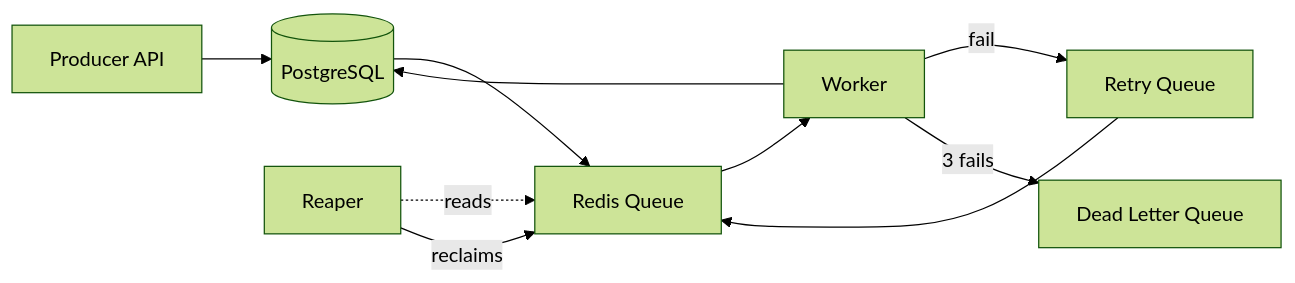
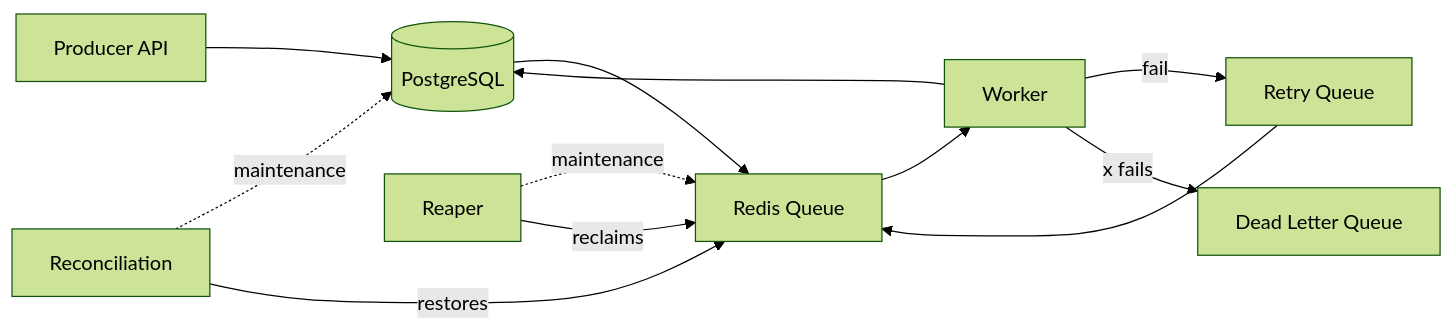
The first of 2 diagrams in README.md (rnavxn/dist-job-processor), drawn with Mermaid (forest theme) before and after one commit. The commit also changed other lines of this file, not shown here.

````diff
--- a/README.md
+++ b/README.md
@@ -21,13 +21,16 @@
 ```mermaid
 flowchart LR
-    A[Producer API] --> B[(PostgreSQL)]
-    B --> C[Redis Queue]
-    C --> D[Worker]
-    D --> B
-    D --> |fail| E[Retry Queue]
-    E --> C
-    D --> |3 fails| F[Dead Letter Queue]
+  A[Producer API] --> B[(PostgreSQL)]
+  B --> C[Redis Queue]
+  C --> D[Worker]
+  D --> B
+  D --> |fail| E[Retry Queue]
+  E --> C
+  D --> |x fails| F[Dead Letter Queue]
 
-    G[Reaper] -.-> |reads| C
-    G --> |reclaims| C
+  G[Reaper] -.-> |maintenance| C
+  G --> |reclaims| C
+
+  H[Reconciliation] -.-> |maintenance| B
+  H --> |restores| C
 ```
````
